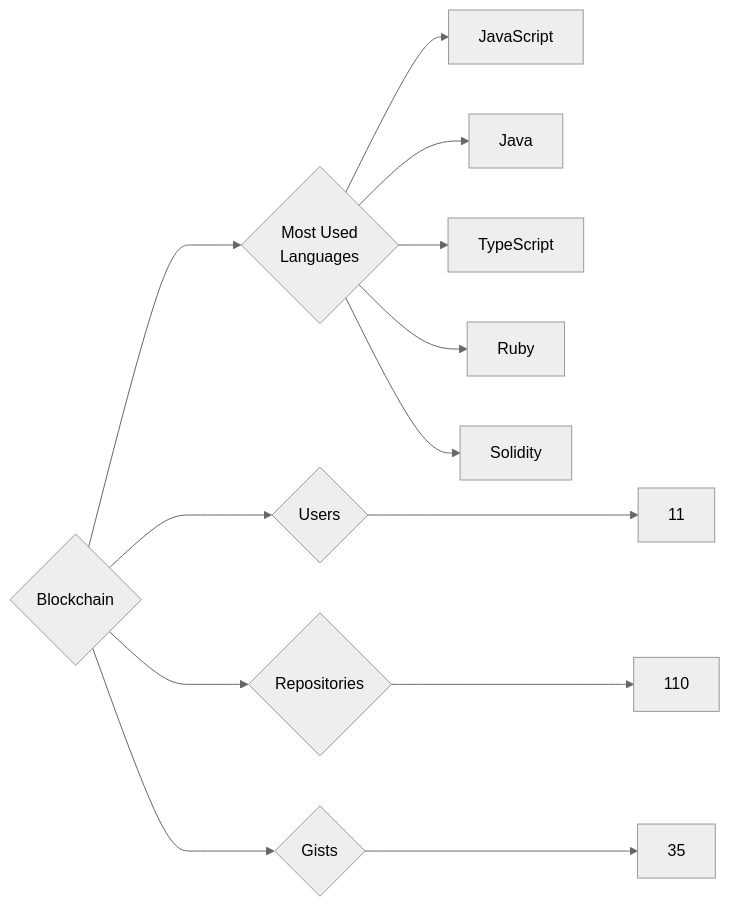
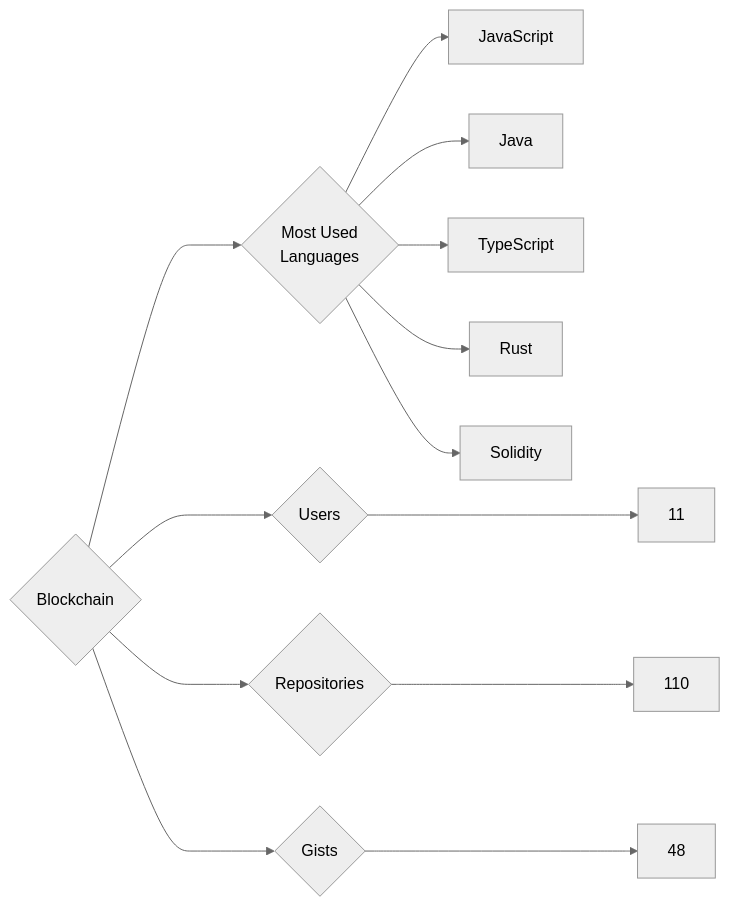
The diagram in targets/Blockchain/README.md (trickest/insiders), drawn with Mermaid (neutral theme) before and after one commit. The commit also changed 859 other files, not shown here.

````diff
--- a/targets/Blockchain/README.md
+++ b/targets/Blockchain/README.md
@@ -3,13 +3,13 @@
 ```mermaid
 graph LR
 COMPANY_NAME{Blockchain}
 COMPANY_NAME ---> U{Users} ---> UN[11]
 COMPANY_NAME ---> R{Repositories} ---> RN[110]
-COMPANY_NAME ---> G{Gists} ---> GN[35]
+COMPANY_NAME ---> G{Gists} ---> GN[48]
 COMPANY_NAME ---> ML{Most Used<br>Languages}
 ML --> JavaScript[JavaScript]
 ML --> Java[Java]
 ML --> TypeScript[TypeScript]
-ML --> Ruby[Ruby]
+ML --> Rust[Rust]
 ML --> Solidity[Solidity]
 ```
````
